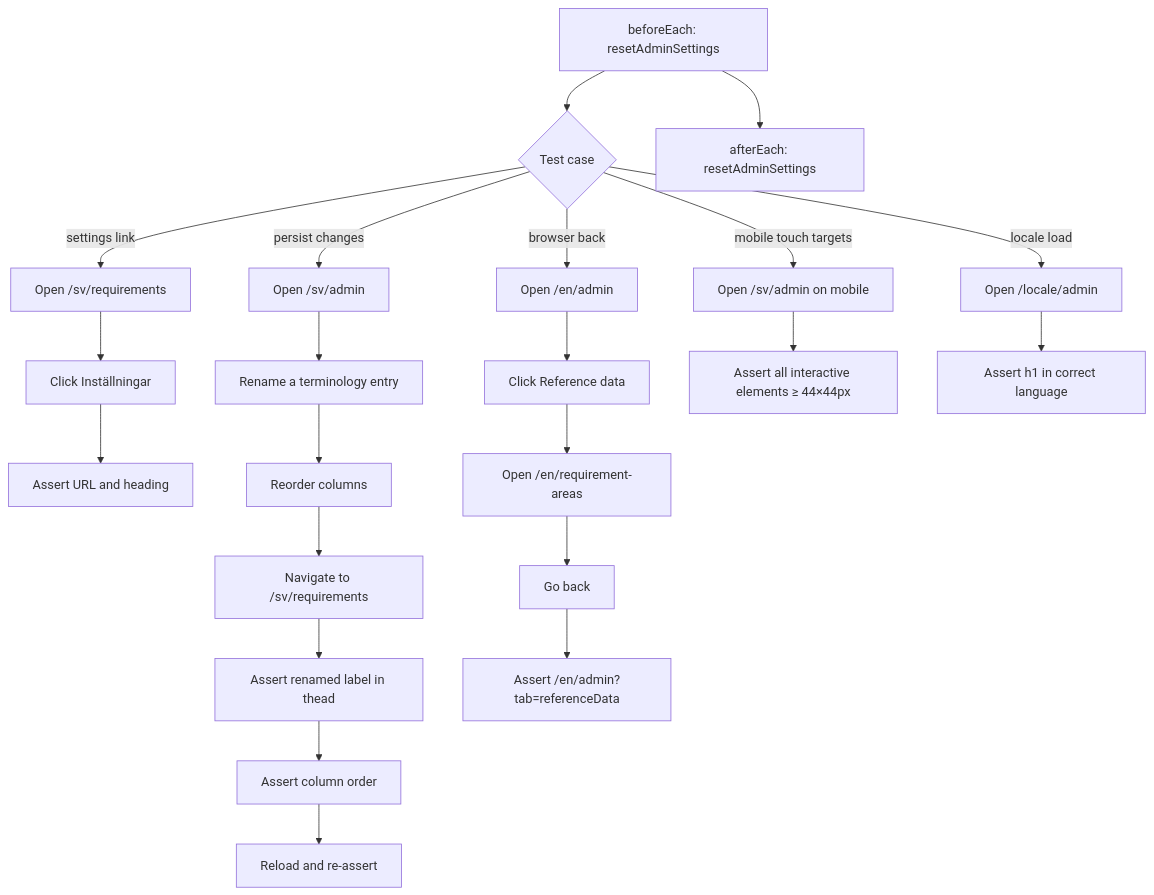
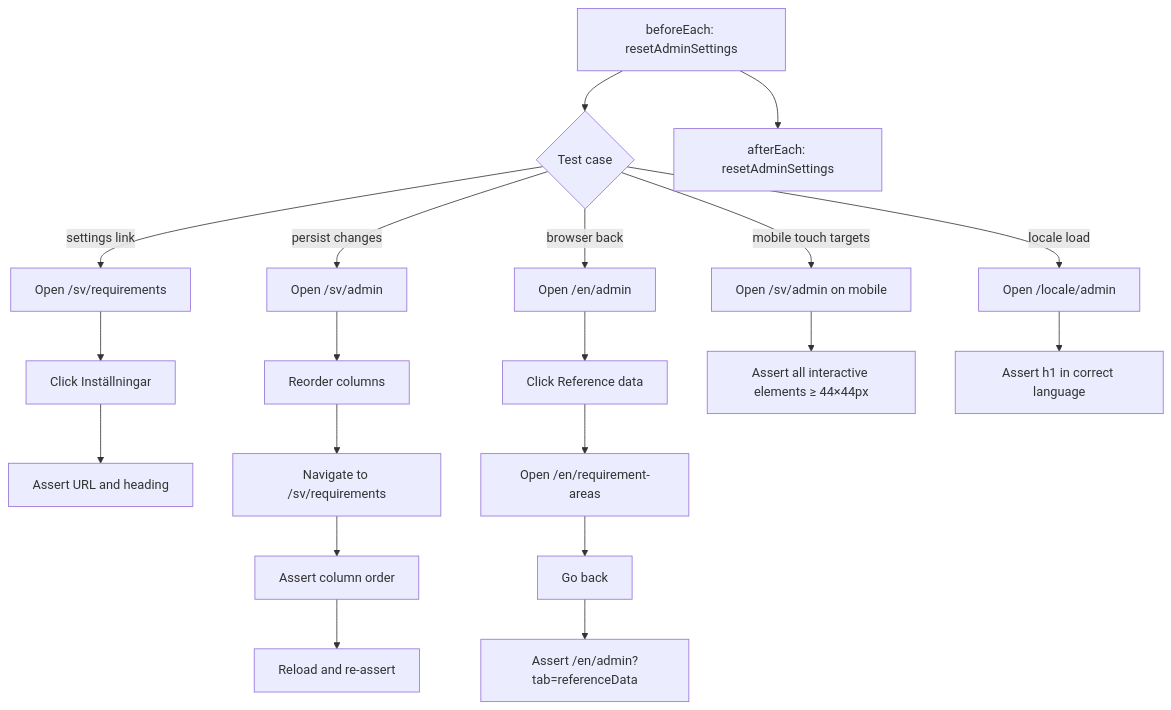
The first of 7 diagrams in tests/integration/admin-entrypoint.md (viscalyx/Kravhantering), drawn with Mermaid before and after one commit. The commit also changed other lines of this file and 46 other files, not shown here.

````diff
--- a/tests/integration/admin-entrypoint.md
+++ b/tests/integration/admin-entrypoint.md
@@ -24,24 +23,22 @@
 ```mermaid
 flowchart TD
     A[beforeEach: resetAdminSettings] --> B{Test case}
     B -- settings link --> C[Open /sv/requirements]
     C --> D[Click Inställningar]
     D --> E[Assert URL and heading]
     B -- persist changes --> F[Open /sv/admin]
-    F --> G[Rename a terminology entry]
-    G --> H[Reorder columns]
+    F --> H[Reorder columns]
     H --> I[Navigate to /sv/requirements]
-    I --> J[Assert renamed label in thead]
-    J --> K[Assert column order]
+    I --> K[Assert column order]
     K --> L[Reload and re-assert]
     B -- browser back --> M[Open /en/admin]
     M --> N[Click Reference data]
     N --> O[Open /en/requirement-areas]
     O --> P[Go back]
     P --> Q[Assert /en/admin?tab=referenceData]
     B -- mobile touch targets --> R[Open /sv/admin on mobile]
     R --> S[Assert all interactive elements ≥ 44×44px]
     B -- locale load --> T[Open /locale/admin]
     T --> U[Assert h1 in correct language]
     A --> V[afterEach: resetAdminSettings]
 ```
````
